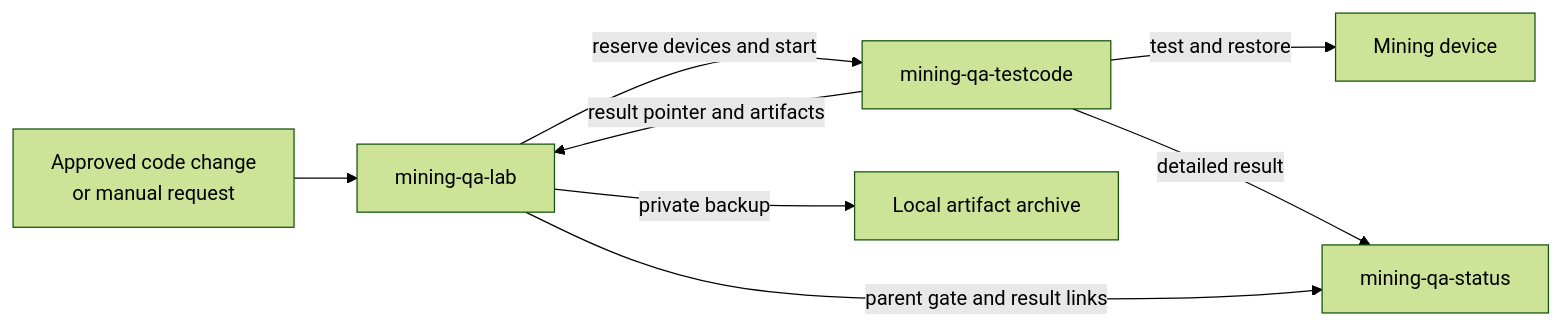
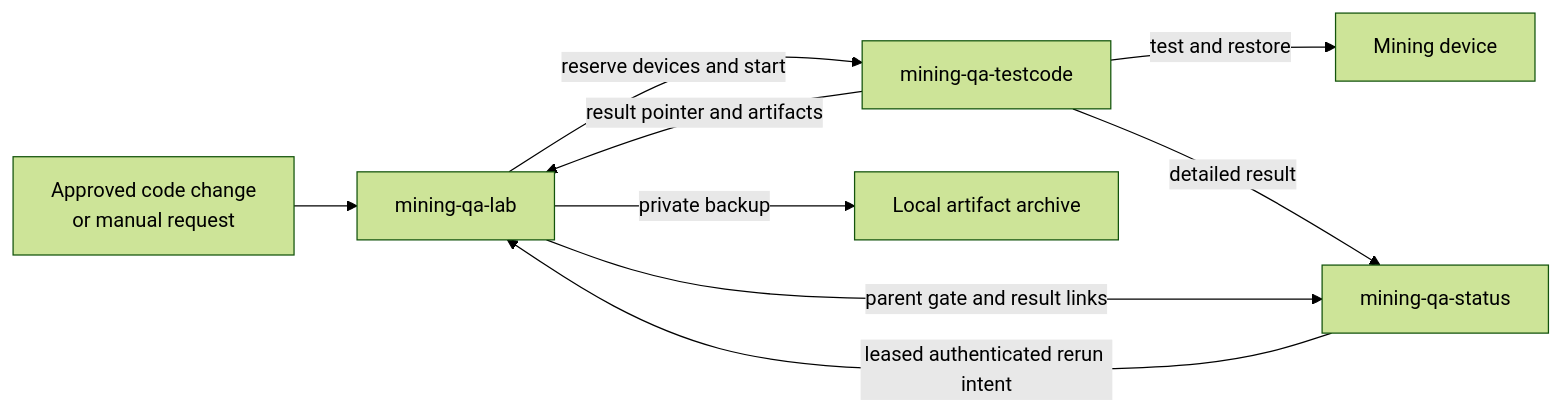
Before and after one commit to johnny9/mining-qa-lab: the diagram in README.md, drawn with Mermaid (forest theme). The commit also changed other lines of this file and 21 other files, not shown here.

First line of the commit message:
Poll and schedule authenticated rerun requests

````diff
--- a/README.md
+++ b/README.md
@@ -10,10 +10,11 @@
 ```mermaid
 flowchart LR
     A["Approved code change<br/>or manual request"] --> L["mining-qa-lab"]
+    S -->|"leased authenticated rerun intent"| L
     L -->|"reserve devices and start"| T["mining-qa-testcode"]
     T -->|"test and restore"| D["Mining device"]
     T -->|"detailed result"| S["mining-qa-status"]
     T -->|"result pointer and artifacts"| L
     L -->|"parent gate and result links"| S
     L -->|"private backup"| R["Local artifact archive"]
 ```
````
